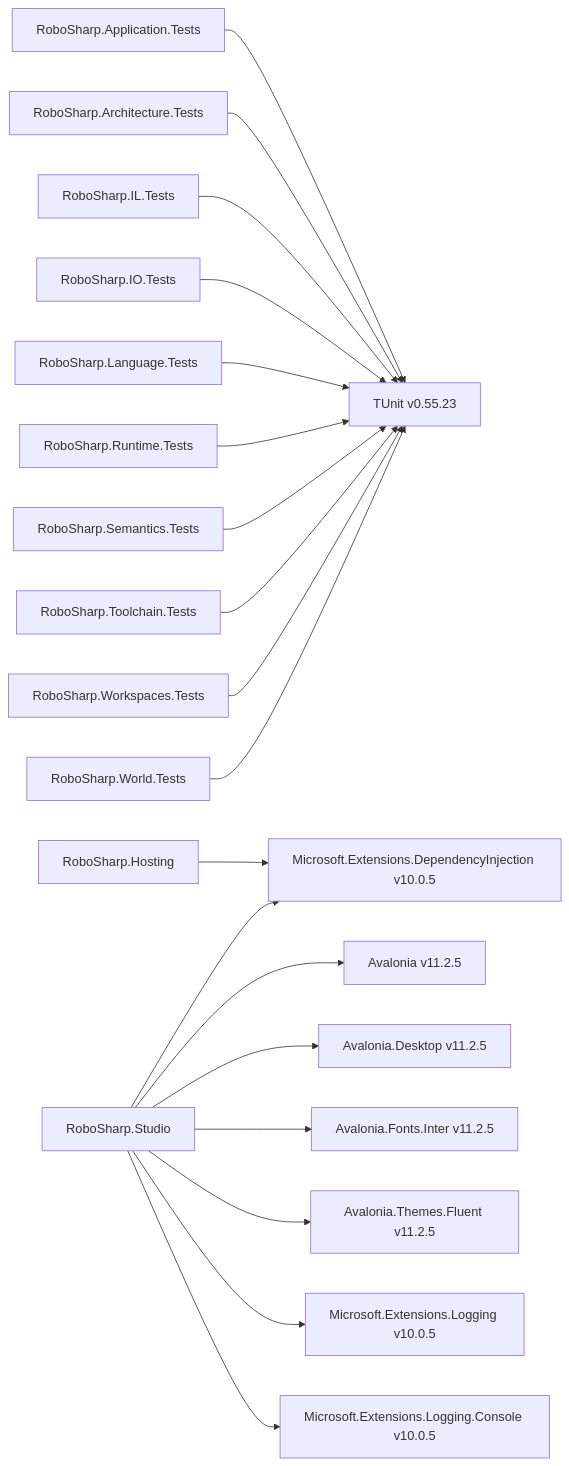
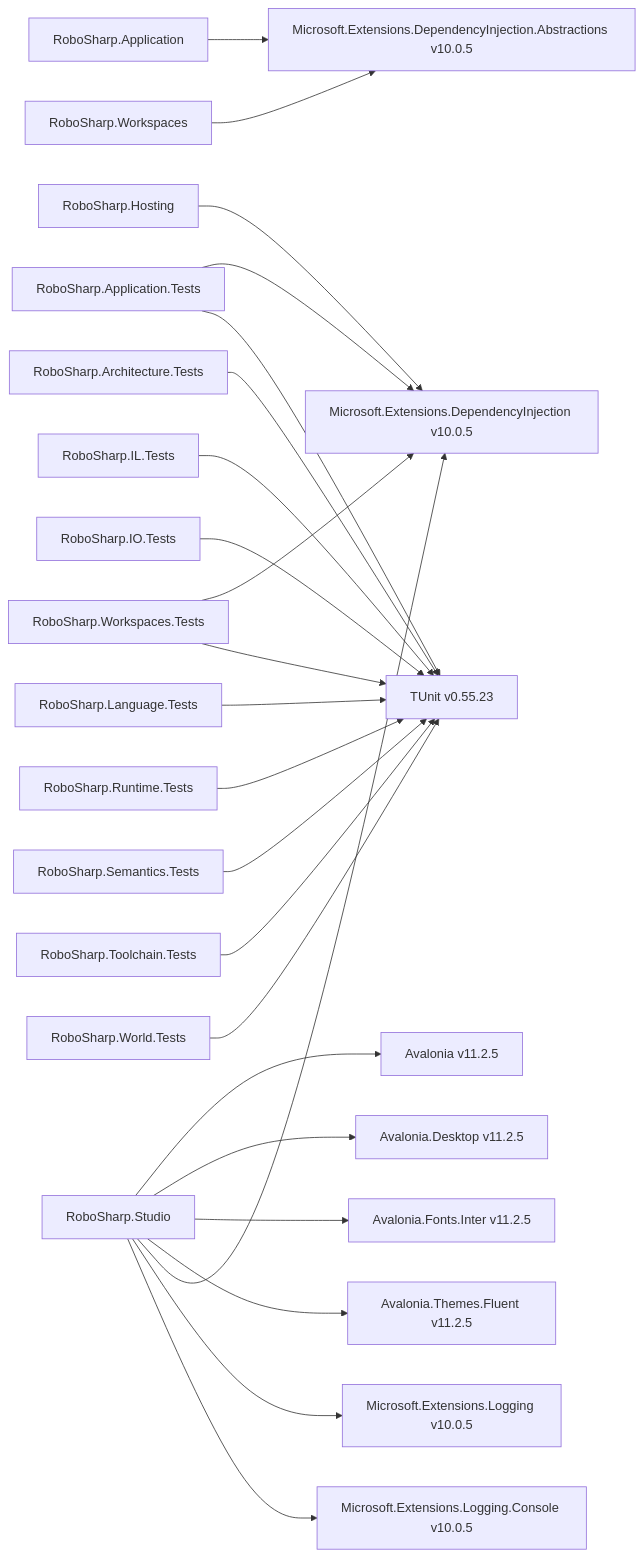
One commit to frankhaugen/RoboSharp changed the diagram in docs/diagrams/nuget-references.md. Above: the diagram before and after it, drawn with Mermaid. The commit also changed 111 other files, not shown here.

````diff
--- a/docs/diagrams/nuget-references.md
+++ b/docs/diagrams/nuget-references.md
@@ -7,21 +7,25 @@
 ```mermaid
 flowchart LR
+  RoboSharp_Application["RoboSharp.Application"] --> pkg_Microsoft_Extensions_DependencyInjection_Abstractions["Microsoft.Extensions.DependencyInjection.Abstractions v10.0.5"]
+  RoboSharp_Application_Tests["RoboSharp.Application.Tests"] --> pkg_Microsoft_Extensions_DependencyInjection["Microsoft.Extensions.DependencyInjection v10.0.5"]
   RoboSharp_Application_Tests["RoboSharp.Application.Tests"] --> pkg_TUnit["TUnit v0.55.23"]
   RoboSharp_Architecture_Tests["RoboSharp.Architecture.Tests"] --> pkg_TUnit["TUnit v0.55.23"]
   RoboSharp_Hosting["RoboSharp.Hosting"] --> pkg_Microsoft_Extensions_DependencyInjection["Microsoft.Extensions.DependencyInjection v10.0.5"]
   RoboSharp_IL_Tests["RoboSharp.IL.Tests"] --> pkg_TUnit["TUnit v0.55.23"]
   RoboSharp_IO_Tests["RoboSharp.IO.Tests"] --> pkg_TUnit["TUnit v0.55.23"]
   RoboSharp_Language_Tests["RoboSharp.Language.Tests"] --> pkg_TUnit["TUnit v0.55.23"]
   RoboSharp_Runtime_Tests["RoboSharp.Runtime.Tests"] --> pkg_TUnit["TUnit v0.55.23"]
   RoboSharp_Semantics_Tests["RoboSharp.Semantics.Tests"] --> pkg_TUnit["TUnit v0.55.23"]
   RoboSharp_Studio["RoboSharp.Studio"] --> pkg_Avalonia["Avalonia v11.2.5"]
   RoboSharp_Studio["RoboSharp.Studio"] --> pkg_Avalonia_Desktop["Avalonia.Desktop v11.2.5"]
   RoboSharp_Studio["RoboSharp.Studio"] --> pkg_Avalonia_Fonts_Inter["Avalonia.Fonts.Inter v11.2.5"]
   RoboSharp_Studio["RoboSharp.Studio"] --> pkg_Avalonia_Themes_Fluent["Avalonia.Themes.Fluent v11.2.5"]
   RoboSharp_Studio["RoboSharp.Studio"] --> pkg_Microsoft_Extensions_DependencyInjection["Microsoft.Extensions.DependencyInjection v10.0.5"]
   RoboSharp_Studio["RoboSharp.Studio"] --> pkg_Microsoft_Extensions_Logging["Microsoft.Extensions.Logging v10.0.5"]
   RoboSharp_Studio["RoboSharp.Studio"] --> pkg_Microsoft_Extensions_Logging_Console["Microsoft.Extensions.Logging.Console v10.0.5"]
   RoboSharp_Toolchain_Tests["RoboSharp.Toolchain.Tests"] --> pkg_TUnit["TUnit v0.55.23"]
+  RoboSharp_Workspaces["RoboSharp.Workspaces"] --> pkg_Microsoft_Extensions_DependencyInjection_Abstractions["Microsoft.Extensions.DependencyInjection.Abstractions v10.0.5"]
+  RoboSharp_Workspaces_Tests["RoboSharp.Workspaces.Tests"] --> pkg_Microsoft_Extensions_DependencyInjection["Microsoft.Extensions.DependencyInjection v10.0.5"]
   RoboSharp_Workspaces_Tests["RoboSharp.Workspaces.Tests"] --> pkg_TUnit["TUnit v0.55.23"]
   RoboSharp_World_Tests["RoboSharp.World.Tests"] --> pkg_TUnit["TUnit v0.55.23"]
 ```
````
